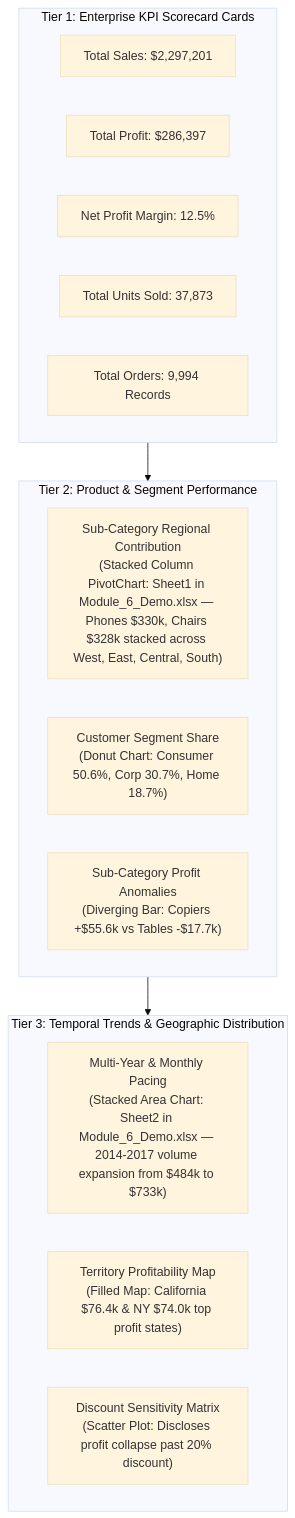
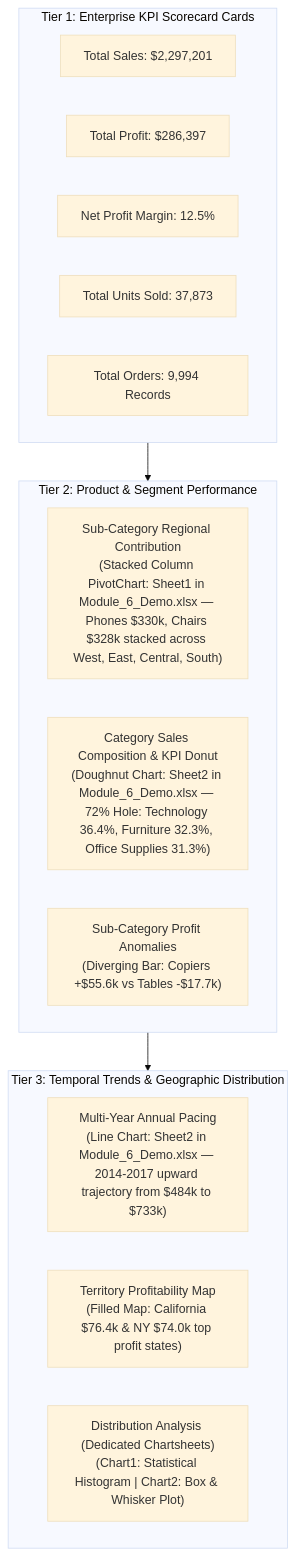
The second of 4 diagrams in 02_Notes/06_Data_Analysis_Charts/03_Dashboard_Visual_Hierarchy.md (Sohila-Khaled-Abbas/COURSE-EXCEL-ZERO-TO-HERO), drawn with Mermaid (base theme) before and after one commit. The commit also changed other lines of this file and 6 other files, not shown here.

````diff
--- a/02_Notes/06_Data_Analysis_Charts/03_Dashboard_Visual_Hierarchy.md
+++ b/02_Notes/06_Data_Analysis_Charts/03_Dashboard_Visual_Hierarchy.md
@@ -94,25 +94,25 @@
 ```mermaid
 flowchart TD
     subgraph SuperstoreTier1 ["Tier 1: Enterprise KPI Scorecard Cards"]
         SS_K1["Total Sales: $2,297,201"]
         SS_K2["Total Profit: $286,397"]
         SS_K3["Net Profit Margin: 12.5%"]
         SS_K4["Total Units Sold: 37,873"]
         SS_K5["Total Orders: 9,994 Records"]
     end
 
     subgraph SuperstoreTier2 ["Tier 2: Product & Segment Performance"]
         SS_C1["Sub-Category Regional Contribution<br/>(Stacked Column PivotChart: Sheet1 in Module_6_Demo.xlsx — Phones $330k, Chairs $328k stacked across West, East, Central, South)"]
-        SS_C2["Customer Segment Share<br/>(Donut Chart: Consumer 50.6%, Corp 30.7%, Home 18.7%)"]
+        SS_C2["Category Sales Composition & KPI Donut<br/>(Doughnut Chart: Sheet2 in Module_6_Demo.xlsx — 72% Hole: Technology 36.4%, Furniture 32.3%, Office Supplies 31.3%)"]
         SS_C3["Sub-Category Profit Anomalies<br/>(Diverging Bar: Copiers +$55.6k vs Tables -$17.7k)"]
     end
 
     subgraph SuperstoreTier3 ["Tier 3: Temporal Trends & Geographic Distribution"]
-        SS_T1["Multi-Year & Monthly Pacing<br/>(Stacked Area Chart: Sheet2 in Module_6_Demo.xlsx — 2014-2017 volume expansion from $484k to $733k)"]
+        SS_T1["Multi-Year Annual Pacing<br/>(Line Chart: Sheet2 in Module_6_Demo.xlsx — 2014-2017 upward trajectory from $484k to $733k)"]
         SS_T2["Territory Profitability Map<br/>(Filled Map: California $76.4k & NY $74.0k top profit states)"]
-        SS_T3["Discount Sensitivity Matrix<br/>(Scatter Plot: Discloses profit collapse past 20% discount)"]
+        SS_T3["Distribution Analysis (Dedicated Chartsheets)<br/>(Chart1: Statistical Histogram | Chart2: Box & Whisker Plot)"]
     end
 
     SuperstoreTier1 --> SuperstoreTier2
     SuperstoreTier2 --> SuperstoreTier3
 ```
````
